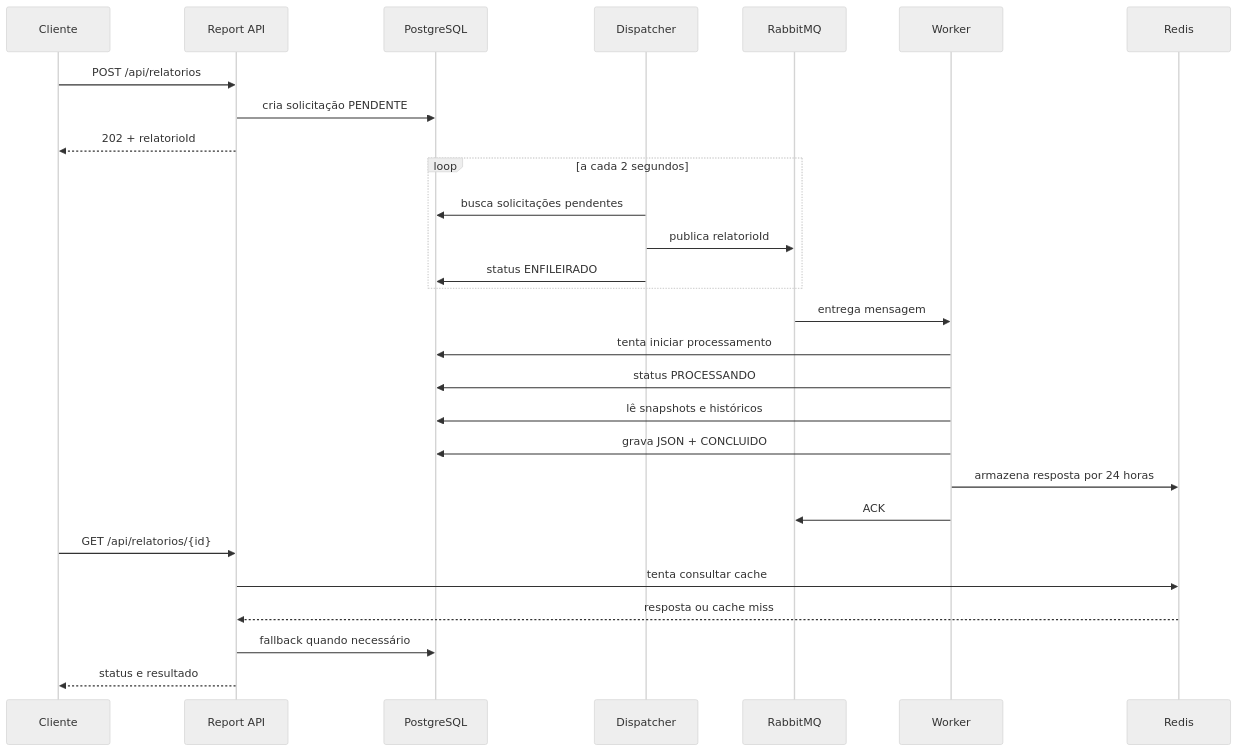
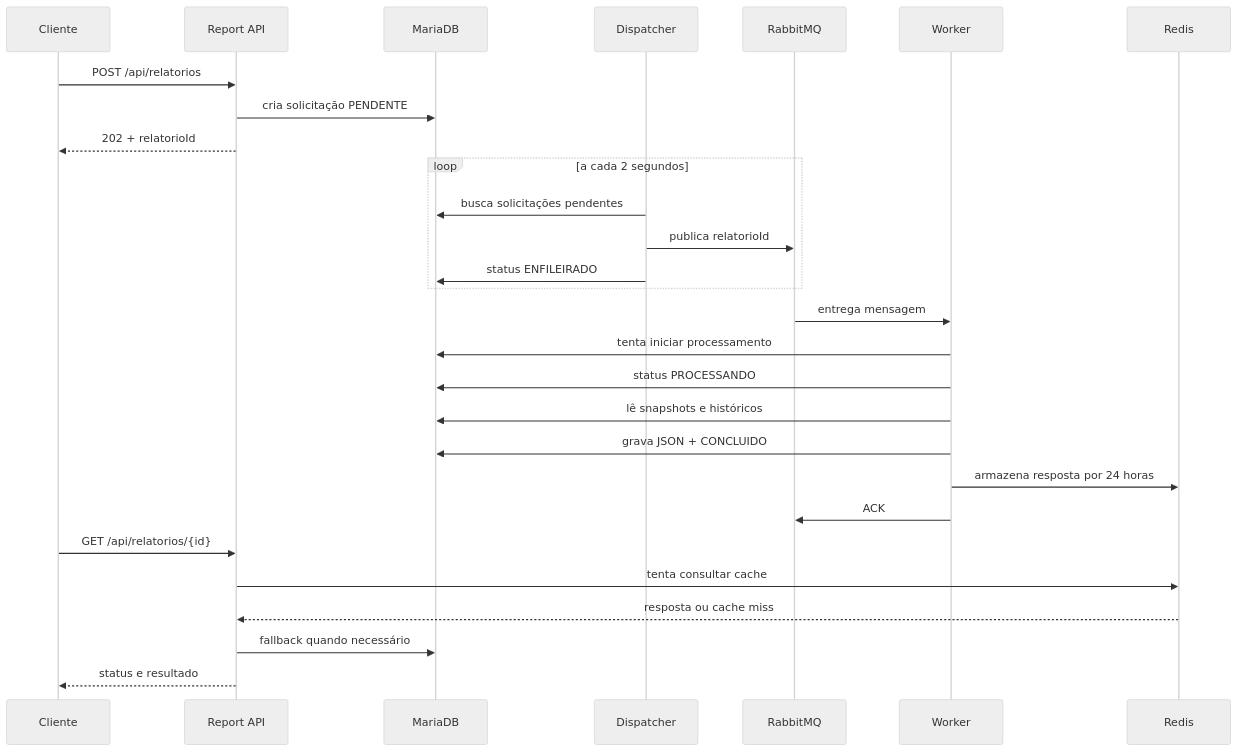
Before and after one commit to Alladin-Furb/report: the second of 2 diagrams in TransporteEscolar.Relatorios/README.md, drawn with Mermaid (neutral theme). The commit also changed other lines of this file and 23 other files, not shown here.

````diff
--- a/TransporteEscolar.Relatorios/README.md
+++ b/TransporteEscolar.Relatorios/README.md
@@ -101,34 +101,34 @@
 ```mermaid
 sequenceDiagram
     participant C as Cliente
     participant API as Report API
-    participant DB as PostgreSQL
+    participant DB as MariaDB
     participant D as Dispatcher
     participant MQ as RabbitMQ
     participant W as Worker
     participant R as Redis
 
     C->>API: POST /api/relatorios
     API->>DB: cria solicitação PENDENTE
     API-->>C: 202 + relatorioId
 
     loop a cada 2 segundos
         D->>DB: busca solicitações pendentes
         D->>MQ: publica relatorioId
         D->>DB: status ENFILEIRADO
     end
 
     MQ->>W: entrega mensagem
     W->>DB: tenta iniciar processamento
     W->>DB: status PROCESSANDO
     W->>DB: lê snapshots e históricos
     W->>DB: grava JSON + CONCLUIDO
     W->>R: armazena resposta por 24 horas
     W->>MQ: ACK
 
     C->>API: GET /api/relatorios/{id}
     API->>R: tenta consultar cache
     R-->>API: resposta ou cache miss
     API->>DB: fallback quando necessário
     API-->>C: status e resultado
 ```
````
